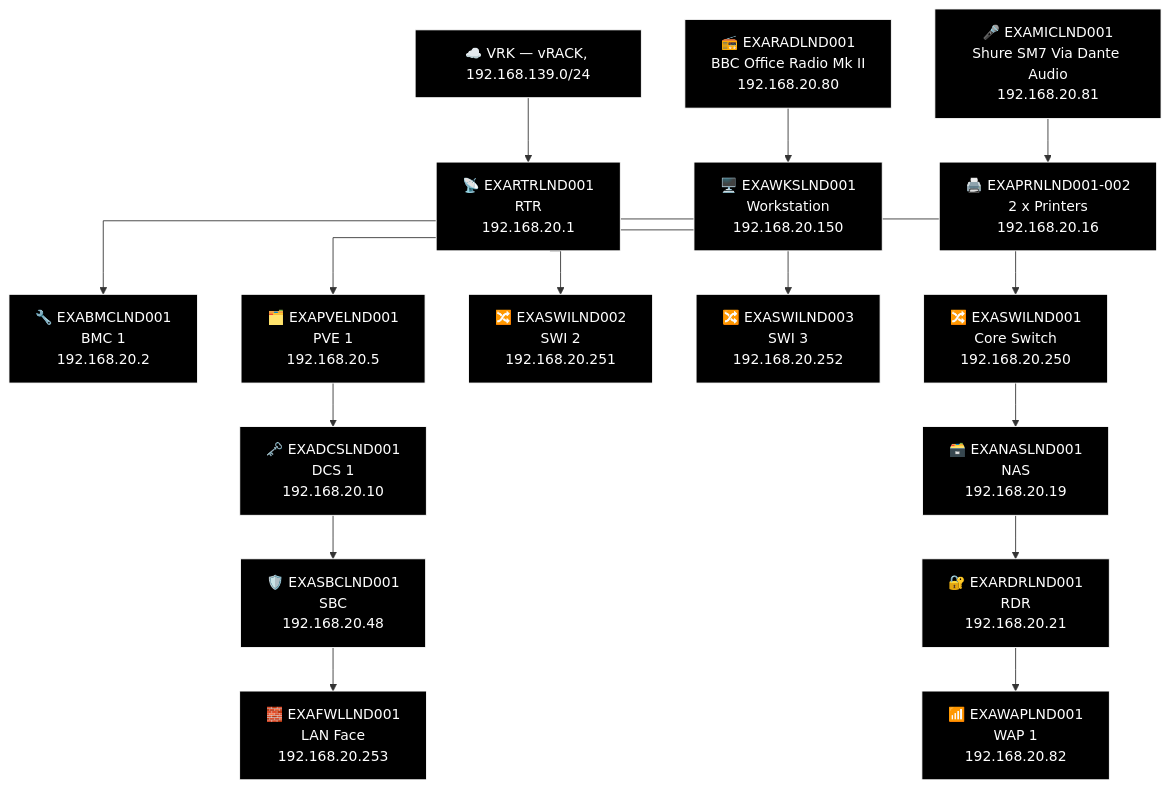
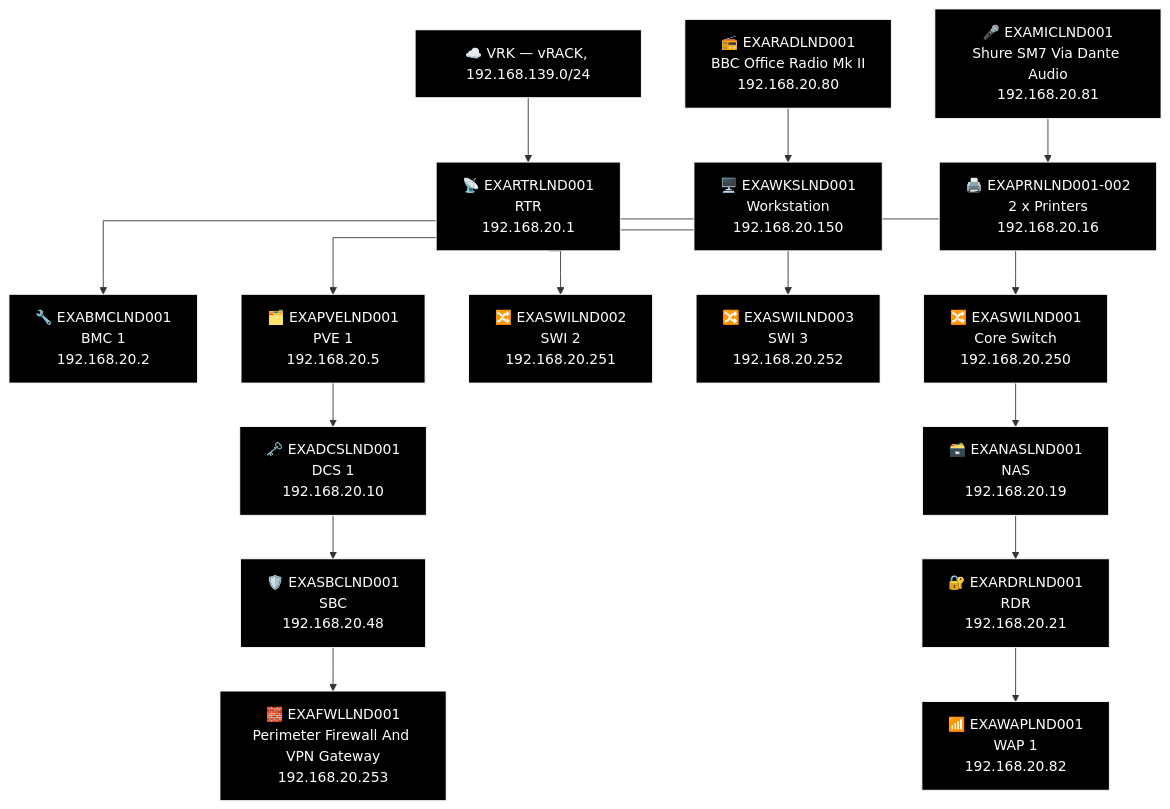
One commit to knightmare2600/example_music_infra changed the third of 27 diagrams in docs/network-diagram/england.md. Above: the diagram before and after it, drawn with Mermaid. The commit also changed other lines of this file and 19 other files, not shown here.

````diff
--- a/docs/network-diagram/england.md
+++ b/docs/network-diagram/england.md
@@ -101,50 +101,50 @@
 ```mermaid
 %% GENERATED:TOPOLOGY:LND:START
 %%{init: {'flowchart': {'curve': 'stepAfter'}}}%%
 graph TD
     T_VRK["☁️ VRK — vRACK, 192.168.139.0/24"]
     T_RTR["📡 EXARTRLND001<br/>RTR<br/>192.168.20.1"]
     T_VRK --> T_RTR
     T_BMC["🔧 EXABMCLND001<br/>BMC 1<br/>192.168.20.2"]
     T_RTR --> T_BMC
     T_PVE["🗂️ EXAPVELND001<br/>PVE 1<br/>192.168.20.5"]
     T_RTR --> T_PVE
     T_SWI["🔀 EXASWILND002<br/>SWI 2<br/>192.168.20.251"]
     T_RTR --> T_SWI
     T_SWI2["🔀 EXASWILND003<br/>SWI 3<br/>192.168.20.252"]
     T_RTR --> T_SWI2
     T_SWI3["🔀 EXASWILND001<br/>Core Switch<br/>192.168.20.250"]
     T_RTR --> T_SWI3
     T_NAS["🗃️ EXANASLND001<br/>NAS<br/>192.168.20.19"]
     T_RDR["🔐 EXARDRLND001<br/>RDR<br/>192.168.20.21"]
     T_WAP["📶 EXAWAPLND001<br/>WAP 1<br/>192.168.20.82"]
     T_SWI3 --> T_NAS --> T_RDR --> T_WAP
     T_DCS["🗝️ EXADCSLND001<br/>DCS 1<br/>192.168.20.10"]
     T_SBC["🛡️ EXASBCLND001<br/>SBC<br/>192.168.20.48"]
-    T_FWL["🧱 EXAFWLLND001<br/>LAN Face<br/>192.168.20.253"]
+    T_FWL["🧱 EXAFWLLND001<br/>Perimeter Firewall And VPN Gateway<br/>192.168.20.253"]
     T_PVE --> T_DCS --> T_SBC --> T_FWL
     T_RAD["📻 EXARADLND001<br/>BBC Office Radio Mk II<br/>192.168.20.80"]
     T_MIC["🎤 EXAMICLND001<br/>Shure SM7 Via Dante Audio<br/>192.168.20.81"]
     T_WKS["🖥️ EXAWKSLND001<br/>Workstation<br/>192.168.20.150"]
     T_OTH_PRN["🖨️ EXAPRNLND001-002<br/>2 x Printers<br/>192.168.20.16"]
     T_RAD --> T_WKS
     T_MIC --> T_OTH_PRN
     style T_VRK fill:#000000,stroke:#FFFFFF,color:#FFFFFF
     style T_RTR fill:#000000,stroke:#FFFFFF,color:#FFFFFF
     style T_BMC fill:#000000,stroke:#FFFFFF,color:#FFFFFF
     style T_PVE fill:#000000,stroke:#FFFFFF,color:#FFFFFF
     style T_SWI fill:#000000,stroke:#FFFFFF,color:#FFFFFF
     style T_SWI2 fill:#000000,stroke:#FFFFFF,color:#FFFFFF
     style T_SWI3 fill:#000000,stroke:#FFFFFF,color:#FFFFFF
     style T_NAS fill:#000000,stroke:#FFFFFF,color:#FFFFFF
     style T_RDR fill:#000000,stroke:#FFFFFF,color:#FFFFFF
     style T_WAP fill:#000000,stroke:#FFFFFF,color:#FFFFFF
     style T_DCS fill:#000000,stroke:#FFFFFF,color:#FFFFFF
     style T_SBC fill:#000000,stroke:#FFFFFF,color:#FFFFFF
     style T_FWL fill:#000000,stroke:#FFFFFF,color:#FFFFFF
     style T_RAD fill:#000000,stroke:#FFFFFF,color:#FFFFFF
     style T_MIC fill:#000000,stroke:#FFFFFF,color:#FFFFFF
     style T_WKS fill:#000000,stroke:#FFFFFF,color:#FFFFFF
     style T_OTH_PRN fill:#000000,stroke:#FFFFFF,color:#FFFFFF
 %% GENERATED:TOPOLOGY:LND:END
 ```
````
